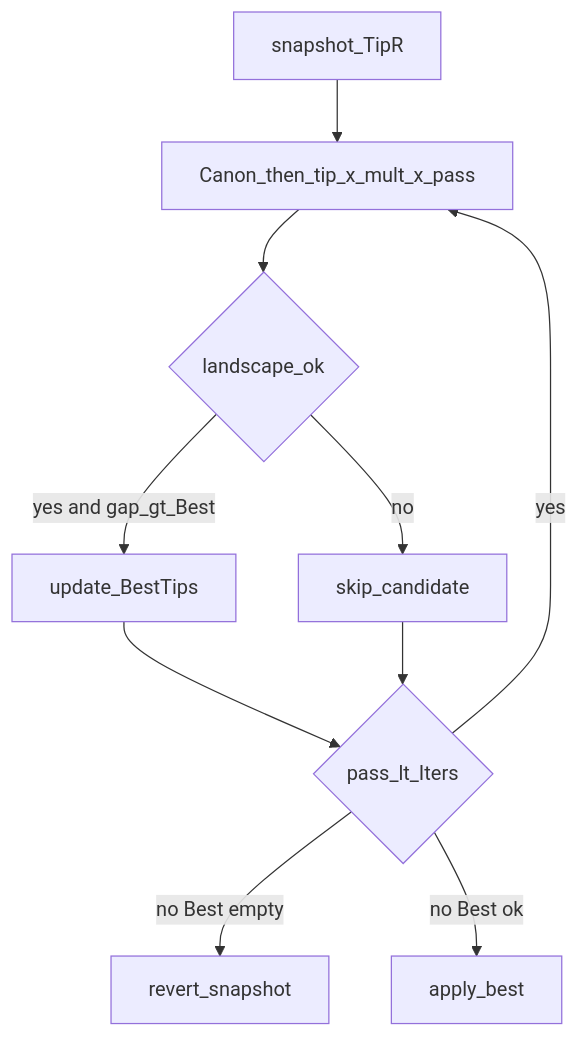
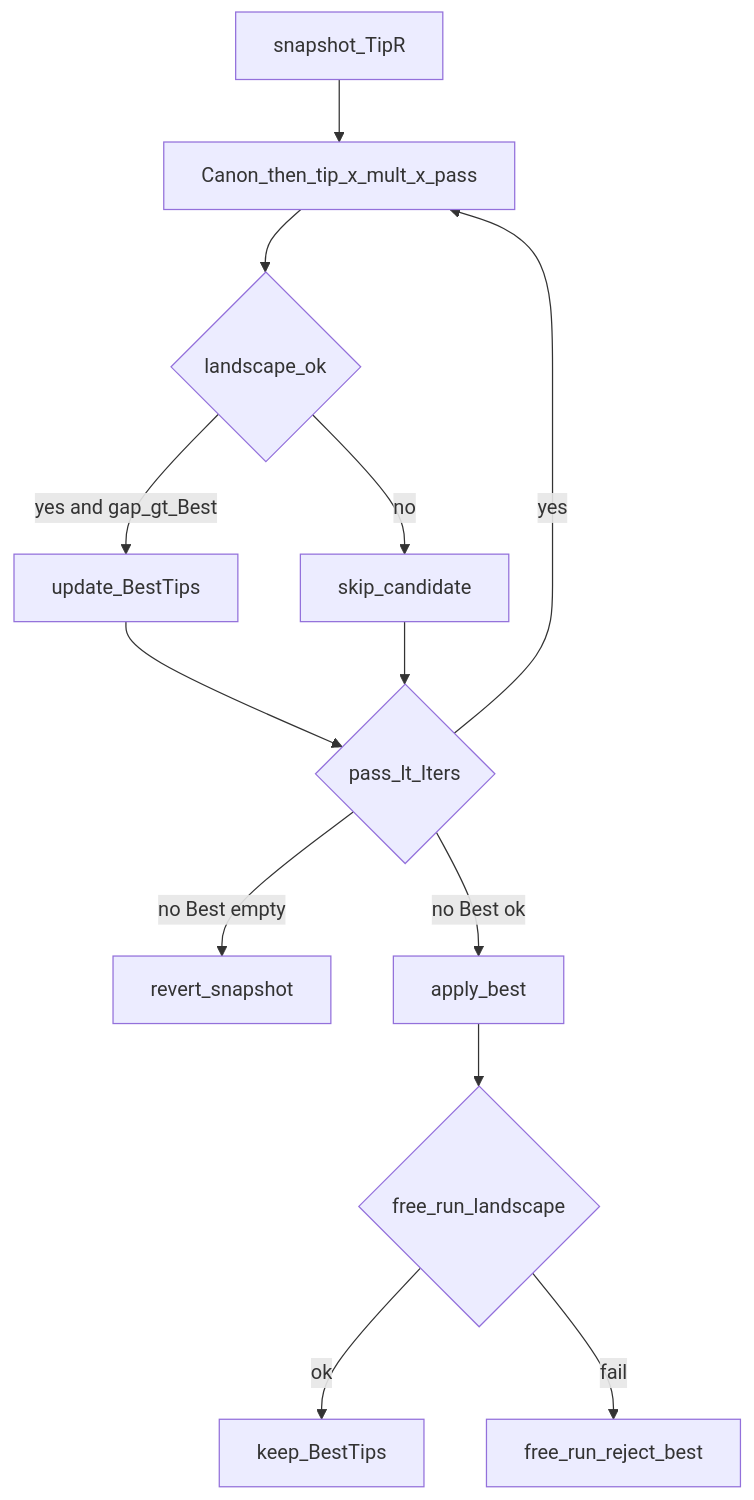
Before and after one commit to aicommunity/Nmsdk-Bin: the second of 3 diagrams in Configs/SpikeSamples/StructTrain/POST_TRAIN_TUNING.ru.md, drawn with Mermaid. The commit also changed other lines of this file and 5 other files, not shown here.

First line of the commit message:
docs(StructTrain): Search free-run silent mid + V5b PASS

````diff
--- a/Configs/SpikeSamples/StructTrain/POST_TRAIN_TUNING.ru.md
+++ b/Configs/SpikeSamples/StructTrain/POST_TRAIN_TUNING.ru.md
@@ -77,12 +78,15 @@
 ```mermaid
 flowchart TD
   snap[snapshot_TipR] --> trial[Canon_then_tip_x_mult_x_pass]
   trial --> ok{landscape_ok}
   ok -->|yes and gap_gt_Best| best[update_BestTips]
   ok -->|no| skip[skip_candidate]
   best --> more{pass_lt_Iters}
   skip --> more
   more -->|yes| trial
   more -->|no Best empty| rev[revert_snapshot]
   more -->|no Best ok| apply[apply_best]
+  apply --> fr{free_run_landscape}
+  fr -->|ok| keep[keep_BestTips]
+  fr -->|fail| rej[free_run_reject_best]
 ```
````
